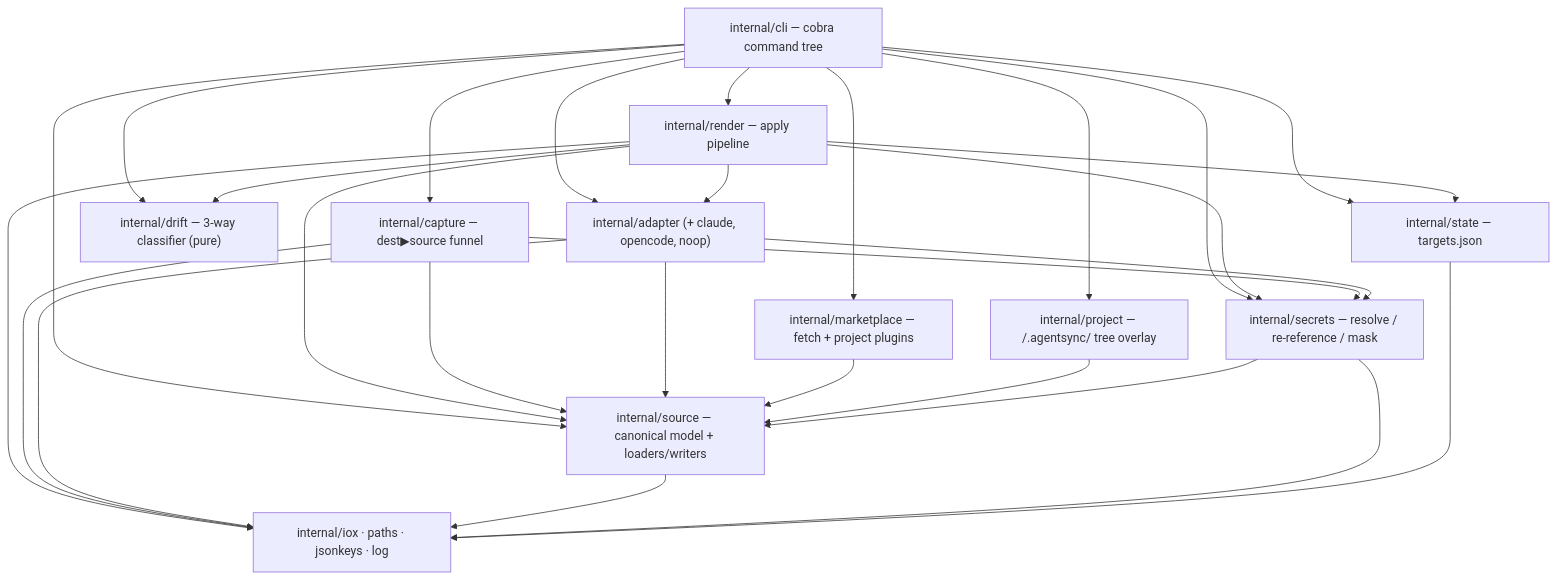
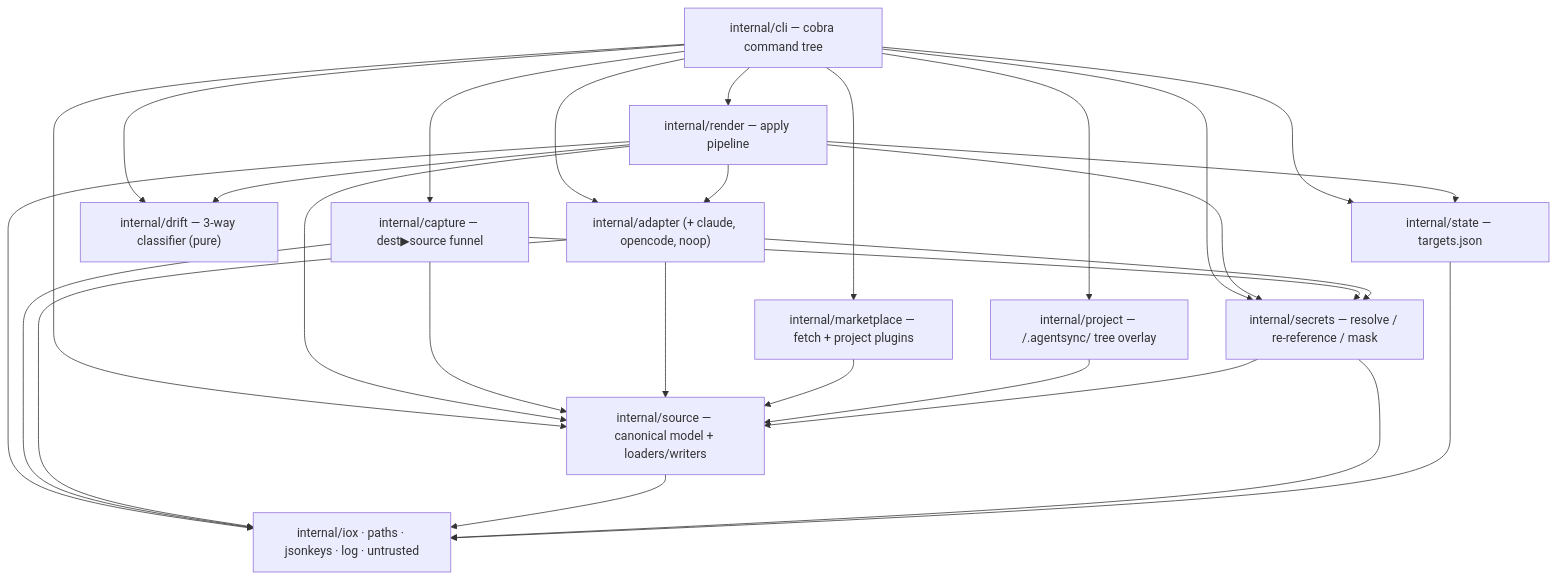
Before and after one commit to spxrogers/agentsync: the fourth of 4 diagrams in docs/architecture.md, drawn with Mermaid. The commit also changed other lines of this file and 20 other files, not shown here.

````diff
--- a/docs/architecture.md
+++ b/docs/architecture.md
@@ -518,24 +531,24 @@
 ```mermaid
 flowchart TD
     CLI["internal/cli — cobra command tree"]
     REN["internal/render — apply pipeline"]
     CAP["internal/capture — dest▶source funnel"]
     AD["internal/adapter (+ claude, opencode, noop)"]
     SRC["internal/source — canonical model + loaders/writers"]
     SEC["internal/secrets — resolve / re-reference / mask"]
     MKT["internal/marketplace — fetch + project plugins"]
     PRJ["internal/project — <root>/.agentsync/ tree overlay"]
     DRF["internal/drift — 3-way classifier (pure)"]
     ST["internal/state — targets.json"]
-    INFRA["internal/iox · paths · jsonkeys · log"]
+    INFRA["internal/iox · paths · jsonkeys · log · untrusted"]
 
     CLI --> REN & CAP & AD & SRC & SEC & MKT & PRJ & DRF & ST
     REN --> AD & SEC & SRC & ST & DRF & INFRA
     CAP --> SRC & SEC & INFRA
     AD --> SRC & SEC & INFRA
     MKT --> SRC
     PRJ --> SRC
     SRC --> INFRA
     SEC --> SRC & INFRA
     ST --> INFRA
 ```
````
